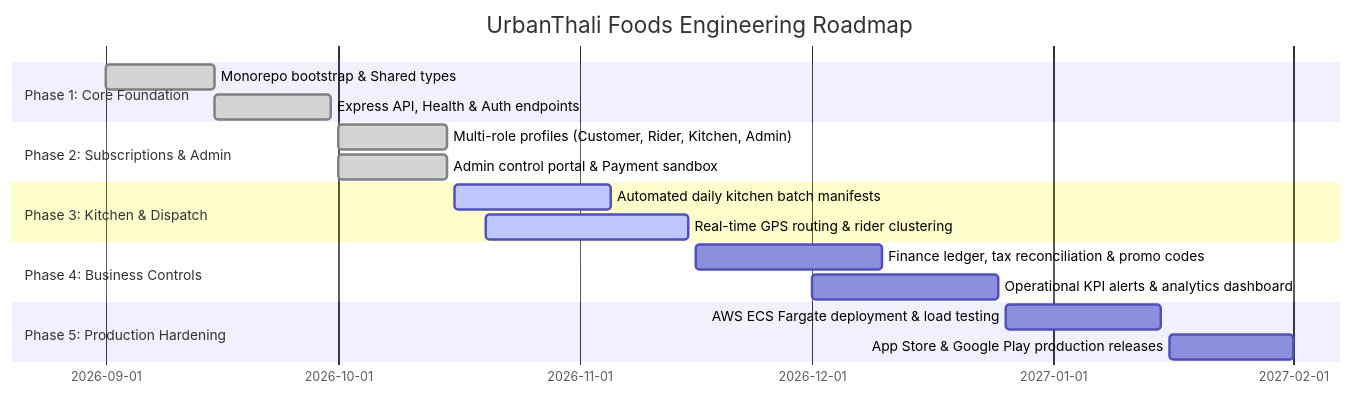
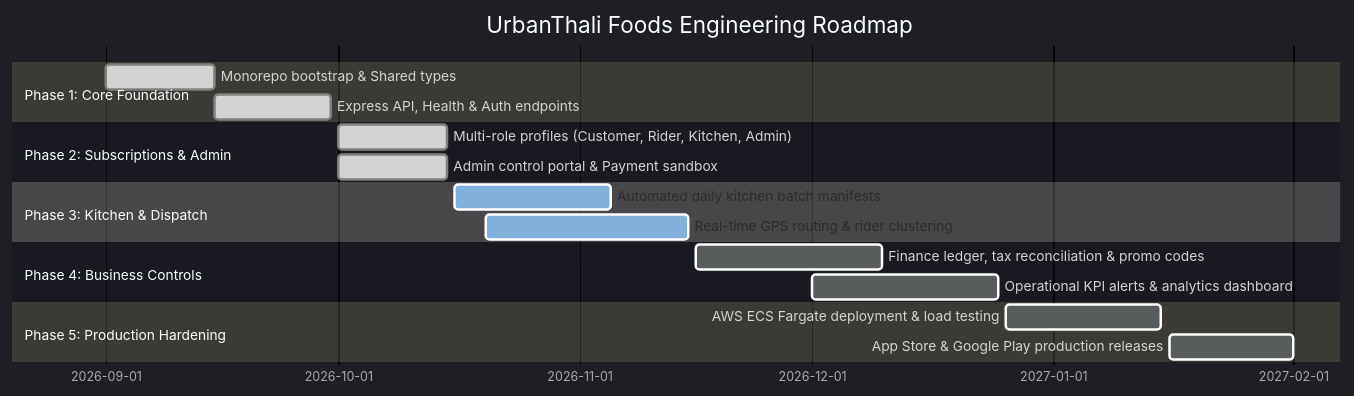
One commit to Gaurav-Khaladkar/UrbanThali-Foods changed the seventh of 7 diagrams in README.md. Above: the diagram before and after it, drawn with Mermaid. The commit also changed other lines of this file and 4 other files, not shown here.

````diff
--- a/README.md
+++ b/README.md
@@ -899,20 +935,21 @@
 ```mermaid
+%%{init: {'theme': 'dark', 'themeVariables': { 'darkMode': true, 'background': '#090D16' }}}%%
 gantt
     title UrbanThali Foods Engineering Roadmap
     dateFormat  YYYY-MM-DD
     section Phase 1: Core Foundation
     Monorepo bootstrap & Shared types     :done, 2026-09-01, 2026-09-15
     Express API, Health & Auth endpoints   :done, 2026-09-15, 2026-09-30
     section Phase 2: Subscriptions & Admin
     Multi-role profiles (Customer, Rider, Kitchen, Admin) :done, 2026-10-01, 2026-10-15
     Admin control portal & Payment sandbox :done, 2026-10-01, 2026-10-15
     section Phase 3: Kitchen & Dispatch
     Automated daily kitchen batch manifests :active, 2026-10-16, 2026-11-05
     Real-time GPS routing & rider clustering:active, 2026-10-20, 2026-11-15
     section Phase 4: Business Controls
     Finance ledger, tax reconciliation & promo codes : 2026-11-16, 2026-12-10
     Operational KPI alerts & analytics dashboard    : 2026-12-01, 2026-12-25
     section Phase 5: Production Hardening
     AWS ECS Fargate deployment & load testing       : 2026-12-26, 2027-01-15
     App Store & Google Play production releases      : 2027-01-16, 2027-02-01
 ```
````
